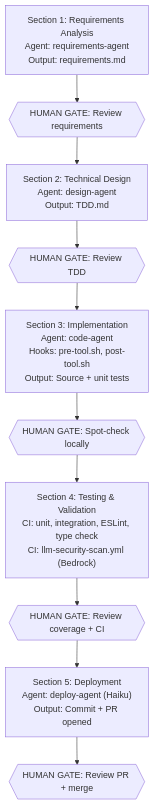
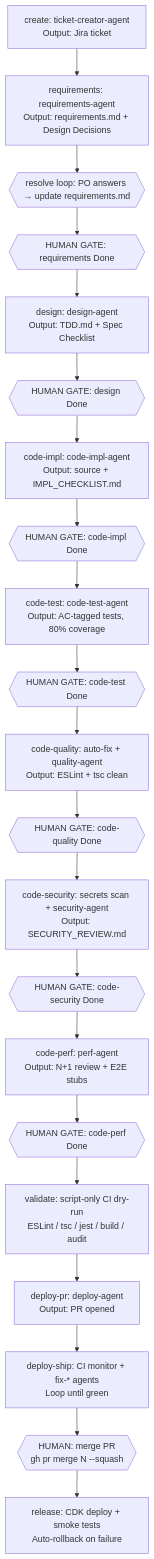
The diagram in docs/AI_DRIVEN_DEV_SETUP_PLAN.md (nilesh0604/f500), drawn with Mermaid before and after one commit. The commit also changed other lines of this file and 5 other files, not shown here.

````diff
--- a/docs/AI_DRIVEN_DEV_SETUP_PLAN.md
+++ b/docs/AI_DRIVEN_DEV_SETUP_PLAN.md
@@ -635,15 +791,28 @@
 ```mermaid
 flowchart TD
-    S1["Section 1: Requirements Analysis\nAgent: requirements-agent\nOutput: requirements.md"]
-    G1{{"HUMAN GATE: Review requirements"}}
-    S2["Section 2: Technical Design\nAgent: design-agent\nOutput: TDD.md"]
-    G2{{"HUMAN GATE: Review TDD"}}
-    S3["Section 3: Implementation\nAgent: code-agent\nHooks: pre-tool.sh, post-tool.sh\nOutput: Source + unit tests"]
-    G3{{"HUMAN GATE: Spot-check locally"}}
-    S4["Section 4: Testing & Validation\nCI: unit, integration, ESLint, type check\nCI: llm-security-scan.yml (Bedrock)"]
-    G4{{"HUMAN GATE: Review coverage + CI"}}
-    S5["Section 5: Deployment\nAgent: deploy-agent (Haiku)\nOutput: Commit + PR opened"]
-    G5{{"HUMAN GATE: Review PR + merge"}}
+    S0["create: ticket-creator-agent\nOutput: Jira ticket"]
+    S1["requirements: requirements-agent\nOutput: requirements.md + Design Decisions"]
+    R1{{"resolve loop: PO answers → update requirements.md"}}
+    G1{{"HUMAN GATE: requirements Done"}}
+    S2["design: design-agent\nOutput: TDD.md + Spec Checklist"]
+    G2{{"HUMAN GATE: design Done"}}
+    S3["code-impl: code-impl-agent\nOutput: source + IMPL_CHECKLIST.md"]
+    G3{{"HUMAN GATE: code-impl Done"}}
+    S4["code-test: code-test-agent\nOutput: AC-tagged tests, 80% coverage"]
+    G4{{"HUMAN GATE: code-test Done"}}
+    S5["code-quality: auto-fix + quality-agent\nOutput: ESLint + tsc clean"]
+    G5{{"HUMAN GATE: code-quality Done"}}
+    S6["code-security: secrets scan + security-agent\nOutput: SECURITY_REVIEW.md"]
+    G6{{"HUMAN GATE: code-security Done"}}
+    S7["code-perf: perf-agent\nOutput: N+1 review + E2E stubs"]
+    G7{{"HUMAN GATE: code-perf Done"}}
+    S8["validate: script-only CI dry-run\nESLint / tsc / jest / build / audit"]
+    S9a["deploy-pr: deploy-agent\nOutput: PR opened"]
+    S9b["deploy-ship: CI monitor + fix-* agents\nLoop until green"]
+    G9{{"HUMAN: merge PR\ngh pr merge N --squash"}}
+    S10["release: CDK deploy + smoke tests\nAuto-rollback on failure"]
 
-    S1 --> G1 --> S2 --> G2 --> S3 --> G3 --> S4 --> G4 --> S5 --> G5
+    S0 --> S1 --> R1 --> G1 --> S2 --> G2 --> S3 --> G3
+    G3 --> S4 --> G4 --> S5 --> G5 --> S6 --> G6 --> S7 --> G7
+    G7 --> S8 --> S9a --> S9b --> G9 --> S10
 ```
````
